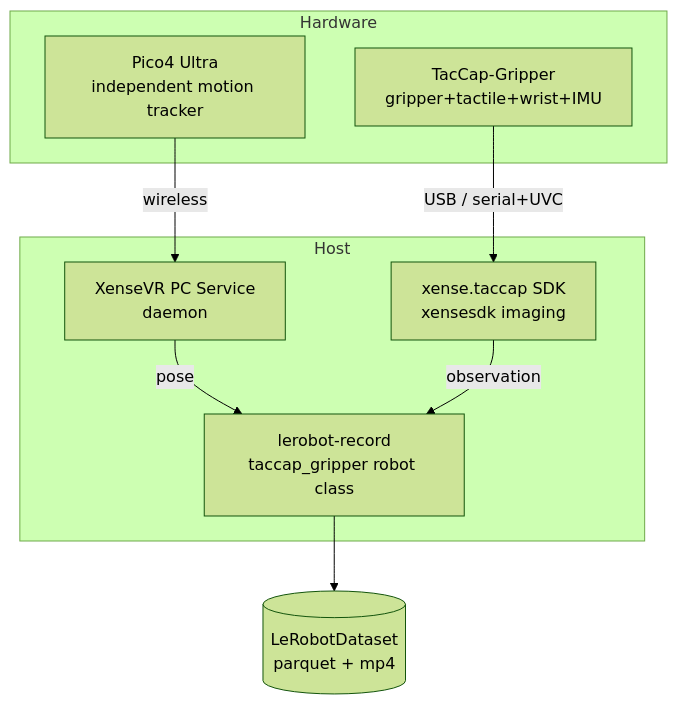
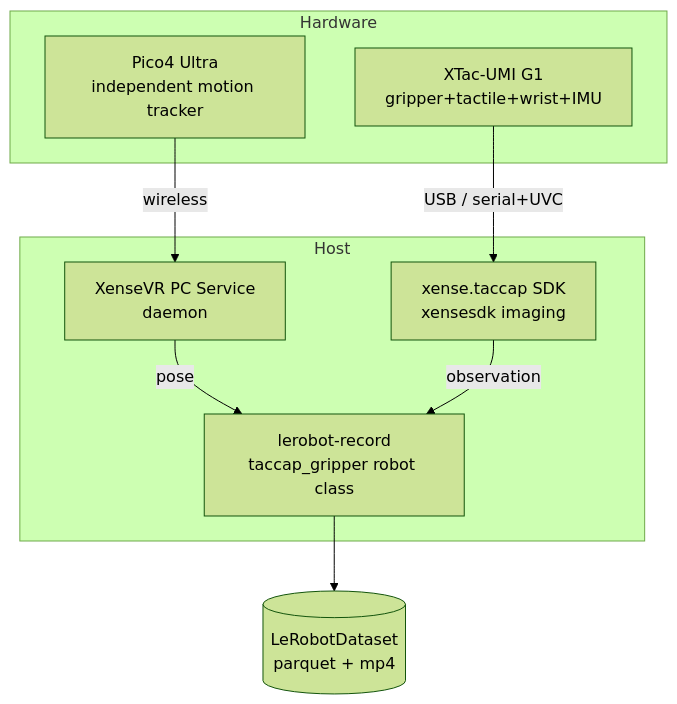
The diagram in docs/01-overview.en.md (Vertax42/taccap-gripper-docs), drawn with Mermaid (forest theme) before and after one commit. The commit also changed other lines of this file and 14 other files, not shown here.

First line of the commit message:
docs: 产品显示名 TacCap-Gripper → XTac-UMI G1(保留代码标识符)

````diff
--- a/docs/01-overview.en.md
+++ b/docs/01-overview.en.md
@@ -27,17 +27,17 @@
 ```mermaid
 flowchart TB
     subgraph Hardware
-      G[TacCap-Gripper<br/>gripper+tactile+wrist+IMU]
+      G[XTac-UMI G1<br/>gripper+tactile+wrist+IMU]
       P[Pico4 Ultra<br/>independent motion tracker]
     end
     subgraph Host
       PS[XenseVR PC Service<br/>daemon]
       SDK[xense.taccap SDK<br/>xensesdk imaging]
       LR[lerobot-record<br/>taccap_gripper robot class]
     end
     G -- USB / serial+UVC --> SDK
     P -- wireless --> PS
     PS -- pose --> LR
     SDK -- observation --> LR
     LR --> DS[(LeRobotDataset<br/>parquet + mp4)]
 ```
````
